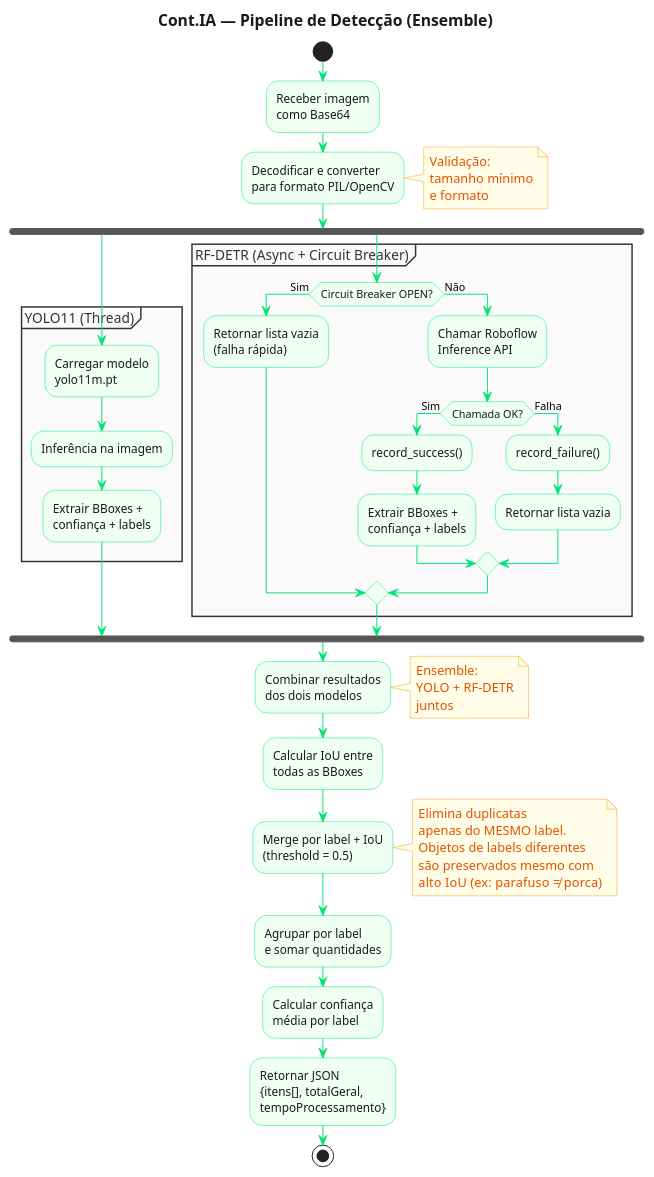
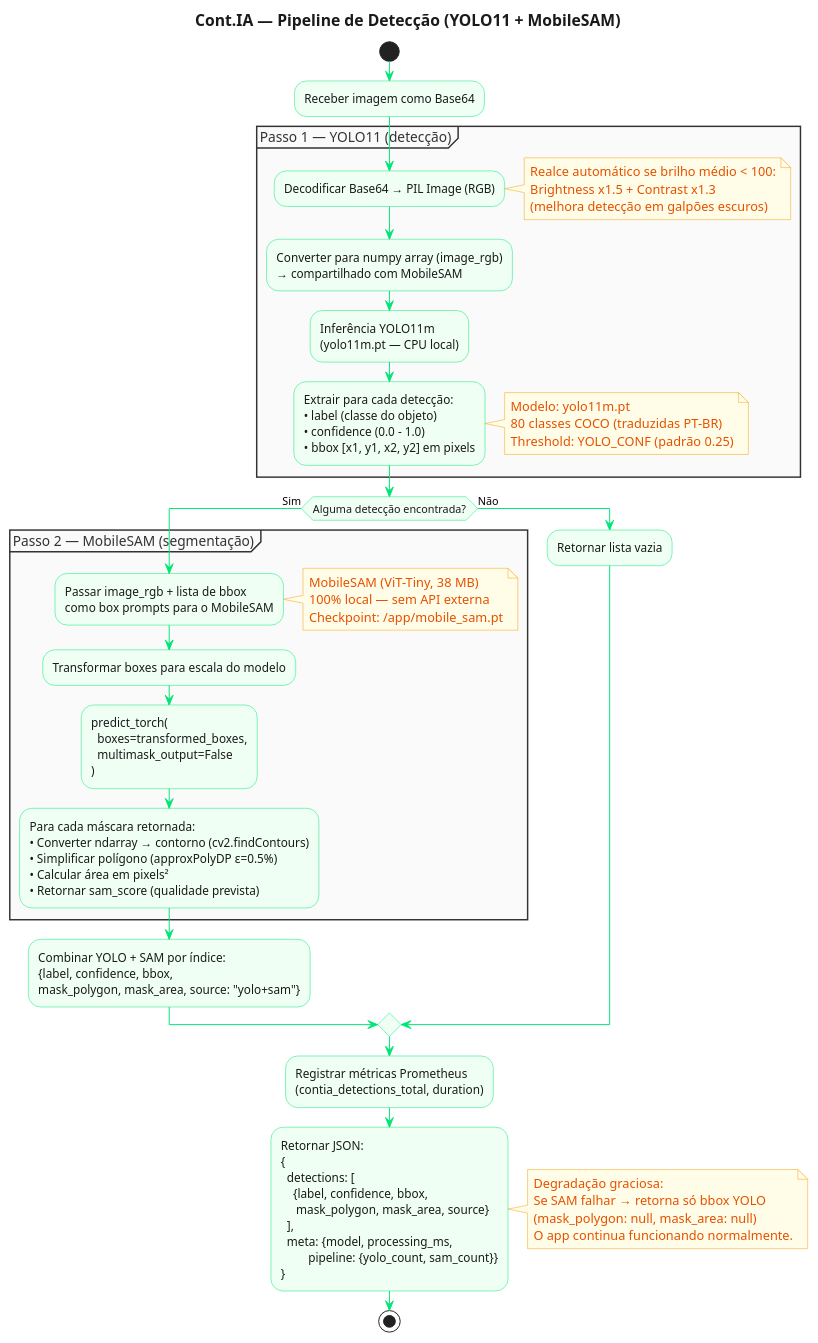
The diagram in docs/diagramas/08_pipeline.puml (JuBertoldo/cont-ia), drawn with PlantUML before and after one commit. The commit also changed 8 other files, not shown here.

First line of the commit message:
docs(diagramas): atualizar 9 diagramas PlantUML para pipeline YOLO11 + MobileSAM

```diff
--- a/docs/diagramas/08_pipeline.puml
+++ b/docs/diagramas/08_pipeline.puml
@@ -1,82 +1,82 @@
 @startuml 08_pipeline
 !pragma layout smetana
-title Cont.IA — Pipeline de Detecção (Ensemble)
+title Cont.IA — Pipeline de Detecção (YOLO11 + MobileSAM)
 
 skinparam backgroundColor #FFFFFF
 skinparam activityBackgroundColor #F0FFF4
 skinparam activityBorderColor #00E676
 skinparam activityFontColor #1A1A1A
 skinparam arrowColor #00E676
 skinparam titleFontColor #1A1A1A
 skinparam titleFontSize 16
 skinparam partitionBackgroundColor #FAFAFA
 skinparam partitionBorderColor #333333
 skinparam partitionFontColor #333333
 skinparam noteBackgroundColor #FFFDE7
 skinparam noteBorderColor #F59E0B
 skinparam noteFontColor #E65100
 
 start
 
-:Receber imagem\ncomo Base64;
+:Receber imagem como Base64;
 
-:Decodificar e converter\npara formato PIL/OpenCV;
+partition "Passo 1 — YOLO11 (detecção)" {
+    :Decodificar Base64 → PIL Image (RGB);
+
+    note right
+      Realce automático se brilho médio < 100:
+      Brightness x1.5 + Contrast x1.3
+      (melhora detecção em galpões escuros)
+    end note
+
+    :Converter para numpy array (image_rgb)\n→ compartilhado com MobileSAM;
+
+    :Inferência YOLO11m\n(yolo11m.pt — CPU local);
+
+    :Extrair para cada detecção:\n• label (classe do objeto)\n• confidence (0.0 – 1.0)\n• bbox [x1, y1, x2, y2] em pixels;
+
+    note right
+      Modelo: yolo11m.pt
+      80 classes COCO (traduzidas PT-BR)
+      Threshold: YOLO_CONF (padrão 0.25)
+    end note
+}
+
+if (Alguma detecção encontrada?) then (Sim)
+
+    partition "Passo 2 — MobileSAM (segmentação)" {
+        :Passar image_rgb + lista de bbox\ncomo box prompts para o MobileSAM;
+
+        note right
+          MobileSAM (ViT-Tiny, 38 MB)
+          100% local — sem API externa
+          Checkpoint: /app/mobile_sam.pt
+        end note
+
+        :Transformar boxes para escala do modelo;
+
+        :predict_torch(\n  boxes=transformed_boxes,\n  multimask_output=False\n);
+
+        :Para cada máscara retornada:\n• Converter ndarray → contorno (cv2.findContours)\n• Simplificar polígono (approxPolyDP ε=0.5%)\n• Calcular área em pixels²\n• Retornar sam_score (qualidade prevista);
+    }
+
+    :Combinar YOLO + SAM por índice:\n{label, confidence, bbox,\nmask_polygon, mask_area, source: "yolo+sam"};
+
+else (Não)
+    :Retornar lista vazia;
+endif
+
+:Registrar métricas Prometheus\n(contia_detections_total, duration);
+
+:Retornar JSON:\n{\n  detections: [\n    {label, confidence, bbox,\n     mask_polygon, mask_area, source}\n  ],\n  meta: {model, processing_ms,\n         pipeline: {yolo_count, sam_count}}\n};
 
 note right
-  Validação:
-  tamanho mínimo
-  e formato
+  Degradação graciosa:
+  Se SAM falhar → retorna só bbox YOLO
+  (mask_polygon: null, mask_area: null)
+  O app continua funcionando normalmente.
 end note
-
-fork
-    partition "YOLO11 (Thread)" {
-        :Carregar modelo\nyolo11m.pt;
-        :Inferência na imagem;
-        :Extrair BBoxes +\nconfiança + labels;
-    }
-fork again
-    partition "RF-DETR (Async + Circuit Breaker)" {
-        if (Circuit Breaker OPEN?) then (Sim)
-            :Retornar lista vazia\n(falha rápida);
-        else (Não)
-            :Chamar Roboflow\nInference API;
-            if (Chamada OK?) then (Sim)
-                :record_success();
-                :Extrair BBoxes +\nconfiança + labels;
-            else (Falha)
-                :record_failure();
-                :Retornar lista vazia;
-            endif
-        endif
-    }
-end fork
-
-:Combinar resultados\ndos dois modelos;
-
-note right
-  Ensemble:
-  YOLO + RF-DETR
-  juntos
-end note
-
-:Calcular IoU entre\ntodas as BBoxes;
-
-:Merge por label + IoU\n(threshold = 0.5);
-
-note right
-  Elimina duplicatas
-  apenas do MESMO label.
-  Objetos de labels diferentes
-  são preservados mesmo com
-  alto IoU (ex: parafuso ≠ porca)
-end note
-
-:Agrupar por label\ne somar quantidades;
-
-:Calcular confiança\nmédia por label;
-
-:Retornar JSON\n{itens[], totalGeral,\ntempoProcessamento};
 
 stop
 
 @enduml
```
